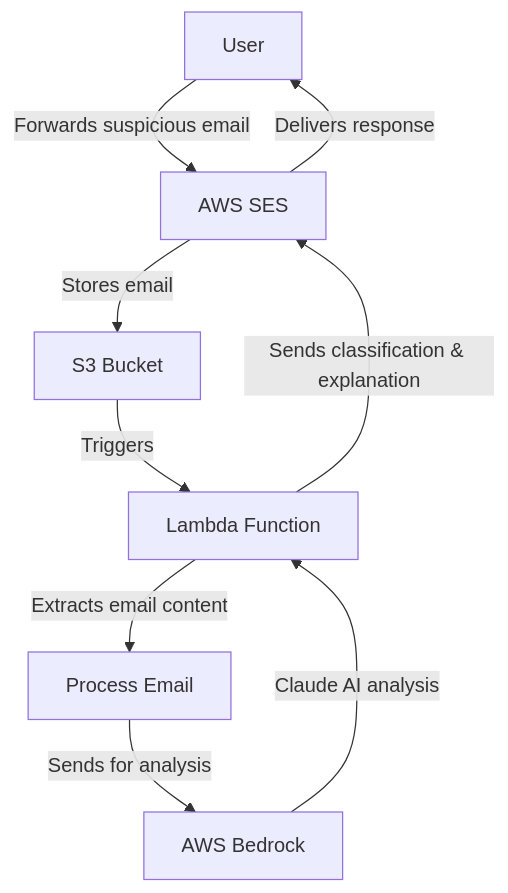
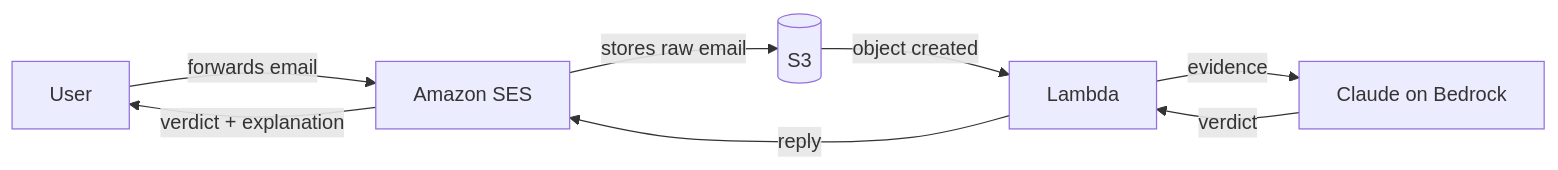
One commit to ventz/ai-phishing-email-detection changed the diagram in README.md. Above: the diagram before and after it, drawn with Mermaid. The commit also changed other lines of this file and 38 other files, not shown here.

````diff
--- a/README.md
+++ b/README.md
@@ -7,11 +84,12 @@
 ```mermaid
-graph TD
-    User[User] -->|Forwards suspicious email| SES[AWS SES]
-    SES -->|Stores email| S3[S3 Bucket]
-    S3 -->|Triggers| Lambda[Lambda Function]
-    Lambda -->|Extracts email content| Process[Process Email]
-    Process -->|Sends for analysis| Bedrock[AWS Bedrock]
-    Bedrock -->|Claude AI analysis| Lambda
-    Lambda -->|Sends classification & explanation| SES
-    SES -->|Delivers response| User
+graph LR
+    accTitle: Phishing analysis flow
+    accDescr: A user forwards an email to SES. SES stores it in S3, which triggers Lambda. Lambda sends the extracted evidence to Claude on Amazon Bedrock, then emails the verdict back to the user through SES.
+    User -->|forwards email| SES[Amazon SES]
+    SES -->|stores raw email| S3[(S3)]
+    S3 -->|object created| Lambda[Lambda]
+    Lambda -->|evidence| Bedrock[Claude on Bedrock]
+    Bedrock -->|verdict| Lambda
+    Lambda -->|reply| SES
+    SES -->|verdict + explanation| User
 ```
````
